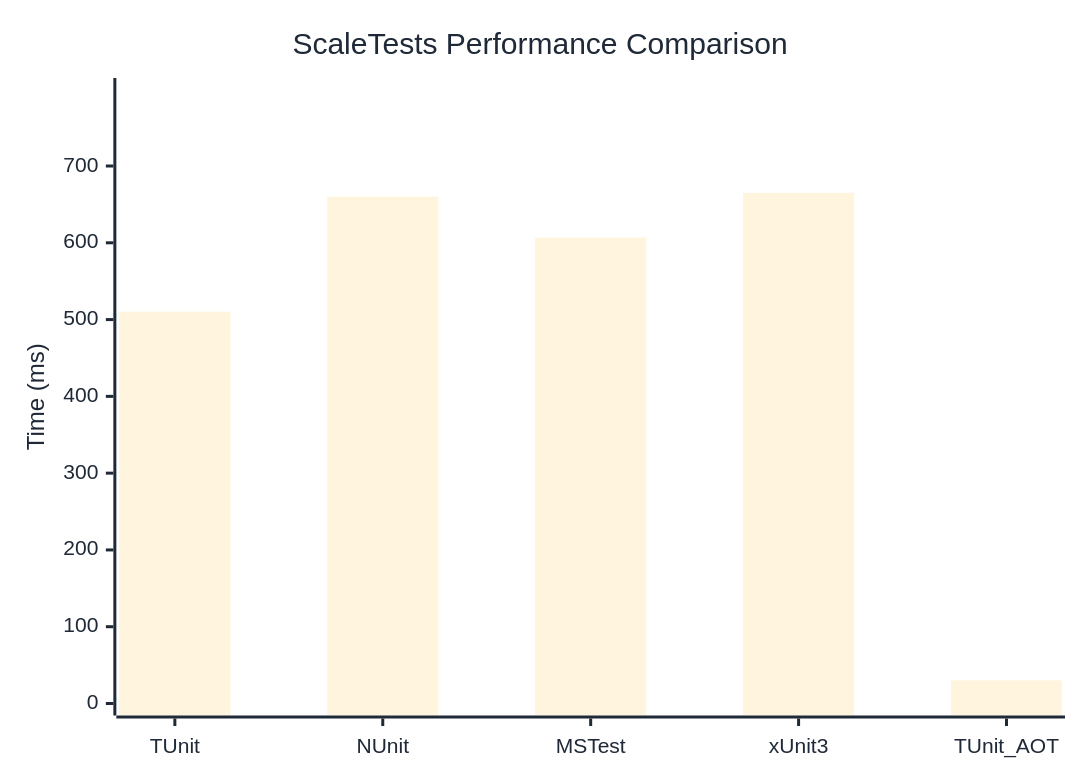
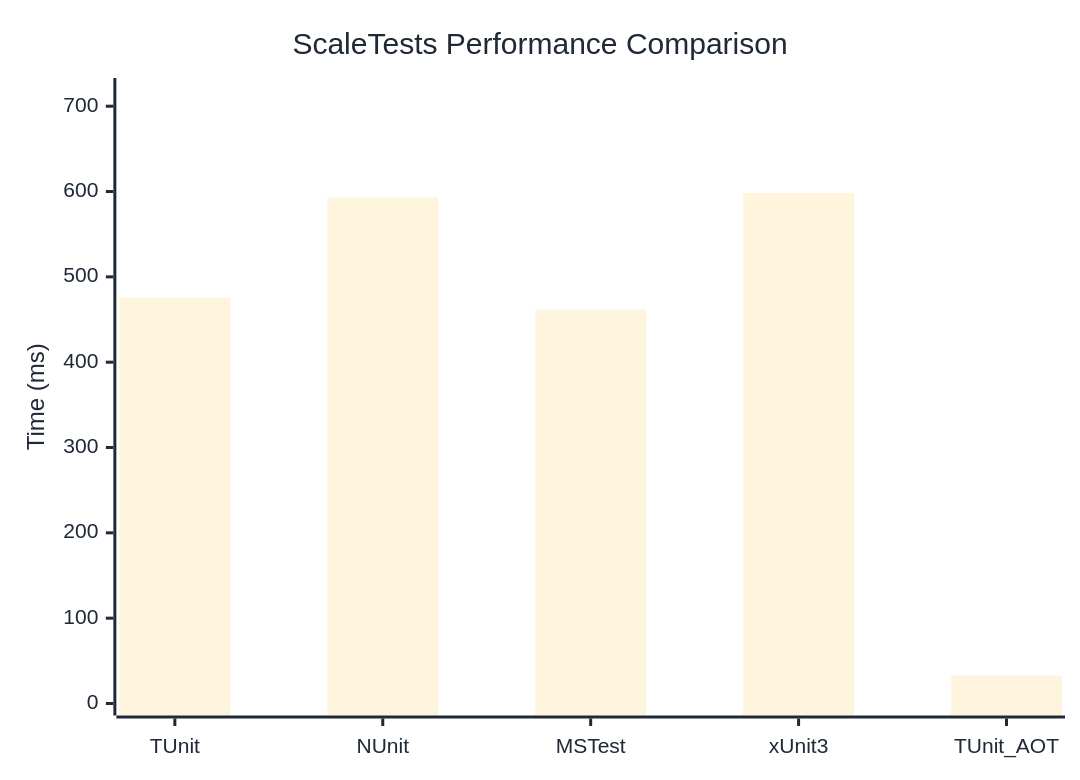
One commit to thomhurst/TUnit changed the diagram in docs/docs/benchmarks/ScaleTests.md. Above: the diagram before and after it, drawn with Mermaid. The commit also changed other lines of this file and 17 other files, not shown here.

````diff
--- a/docs/docs/benchmarks/ScaleTests.md
+++ b/docs/docs/benchmarks/ScaleTests.md
@@ -27,37 +27,37 @@
 ```mermaid
 %%{init: {
   'theme':'base',
   'themeVariables': {
     'primaryColor': '#2563eb',
     'primaryTextColor': '#1f2937',
     'primaryBorderColor': '#1e40af',
     'lineColor': '#6b7280',
     'secondaryColor': '#7c3aed',
     'tertiaryColor': '#dc2626',
     'background': '#ffffff',
     'mainBkg': '#2563eb',
     'secondBkg': '#7c3aed',
     'tertiaryBkg': '#dc2626',
     'clusterBkg': '#f3f4f6',
     'edgeLabelBackground': '#ffffff',
     'tertiaryTextColor': '#1f2937',
     'pie1': '#2563eb',
     'pie2': '#7c3aed',
     'pie3': '#dc2626',
     'pie4': '#f59e0b',
     'pie5': '#10b981',
     'pie6': '#06b6d4',
     'pie7': '#ec4899',
     'pie8': '#6366f1',
     'pie9': '#84cc16',
     'pie10': '#f97316',
     'pie11': '#14b8a6',
     'pie12': '#a855f7'
   }
 }}%%
 xychart-beta
   title "ScaleTests Performance Comparison"
   x-axis ["TUnit", "NUnit", "MSTest", "xUnit3", "TUnit_AOT"]
-  y-axis "Time (ms)" 0 --> 799
-  bar [510.23, 660.06, 606.7, 665.1, 30.21]
+  y-axis "Time (ms)" 0 --> 719
+  bar [475.46, 592.99, 461.46, 598.38, 32.76]
 ```
````
